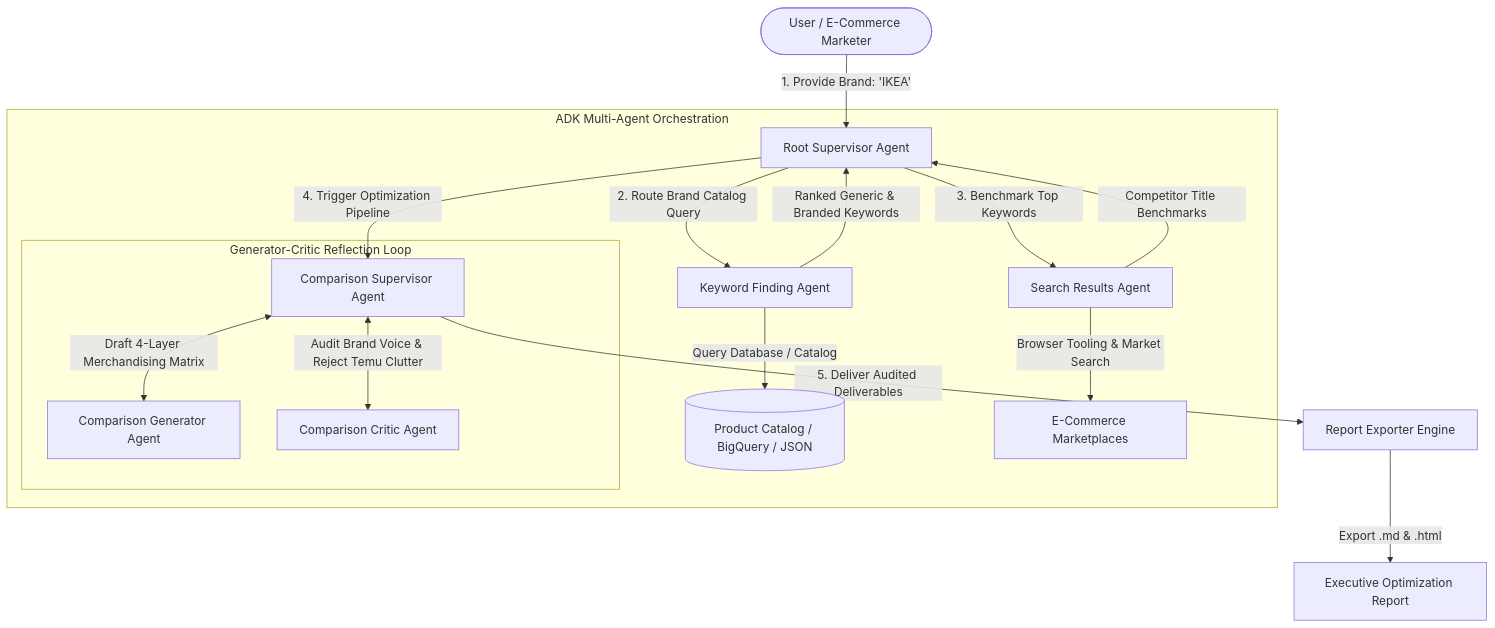
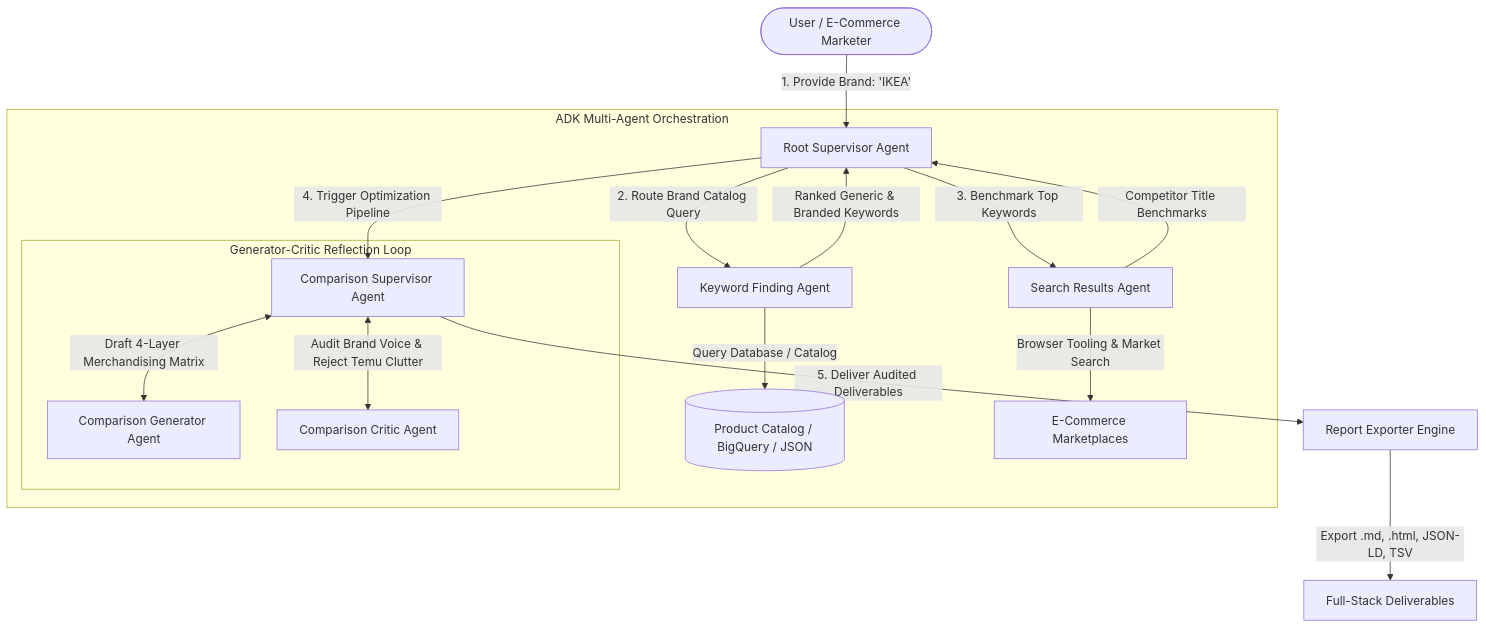
The second of 2 diagrams in README.md (kilinkis/adk-ikea-brand-analysis), drawn with Mermaid before and after one commit. The commit also changed other lines of this file and 8 other files, not shown here.

Commit message:
feat(merchandising): implement 4-layer multi-surface optimization, query recall metrics, and schema.org/feed export

````diff
--- a/README.md
+++ b/README.md
@@ -77,24 +77,24 @@
 ```mermaid
 flowchart TD
     User([User / E-Commerce Marketer]) -->|1. Provide Brand: 'IKEA'| Root[Root Supervisor Agent]
 
     subgraph ADK Multi-Agent Orchestration
         Root -->|2. Route Brand Catalog Query| KF[Keyword Finding Agent]
         KF -->|Query Database / Catalog| DB[(Product Catalog / BigQuery / JSON)]
         KF -->|Ranked Generic & Branded Keywords| Root
 
         Root -->|3. Benchmark Top Keywords| SR[Search Results Agent]
         SR -->|Browser Tooling & Market Search| Web[E-Commerce Marketplaces]
         SR -->|Competitor Title Benchmarks| Root
 
         Root -->|4. Trigger Optimization Pipeline| CompRoot[Comparison Supervisor Agent]
 
         subgraph Generator-Critic Reflection Loop
             CompRoot <-->|Draft 4-Layer Merchandising Matrix| Gen[Comparison Generator Agent]
             CompRoot <-->|Audit Brand Voice & Reject Temu Clutter| Critic[Comparison Critic Agent]
         end
     end
 
     CompRoot -->|5. Deliver Audited Deliverables| Reporter[Report Exporter Engine]
-    Reporter -->|Export .md & .html| Output[Executive Optimization Report]
+    Reporter -->|Export .md, .html, JSON-LD, TSV| Output[Full-Stack Deliverables]
 ```
````
